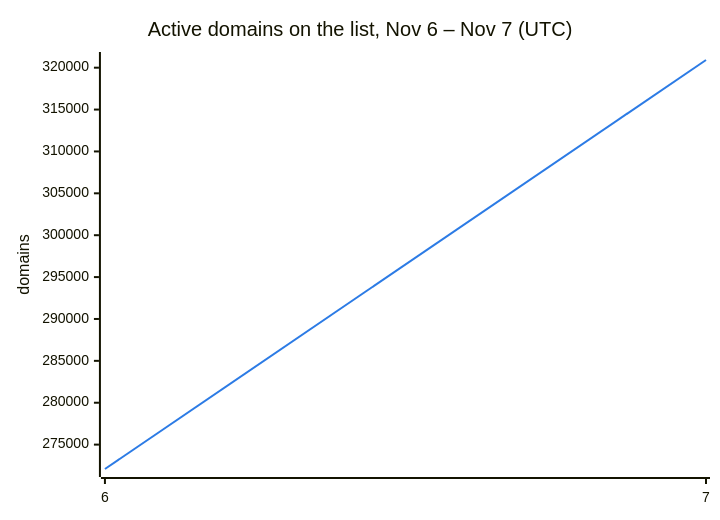
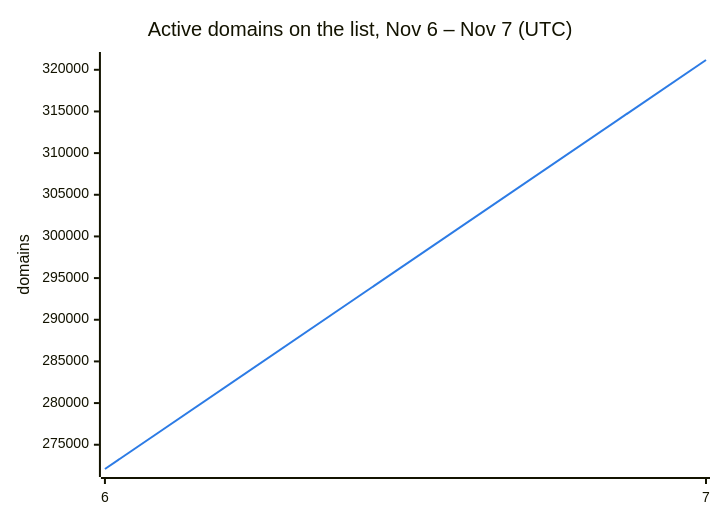
The second of 3 diagrams in README.md (DNSBunker/CTI), drawn with Mermaid before and after one commit. The commit also changed other lines of this file and 3 other files, not shown here.

````diff
--- a/README.md
+++ b/README.md
@@ -38,8 +38,8 @@
 ```mermaid
 %%{init: {"themeVariables": {"xyChart": {"plotColorPalette": "#2c7be5"}}}}%%
 xychart-beta
     title "Active domains on the list, Nov 6 – Nov 7 (UTC)"
     x-axis ["6", "7"]
     y-axis "domains"
-    line [272088, 320917]
+    line [272088, 321174]
 ```
````
